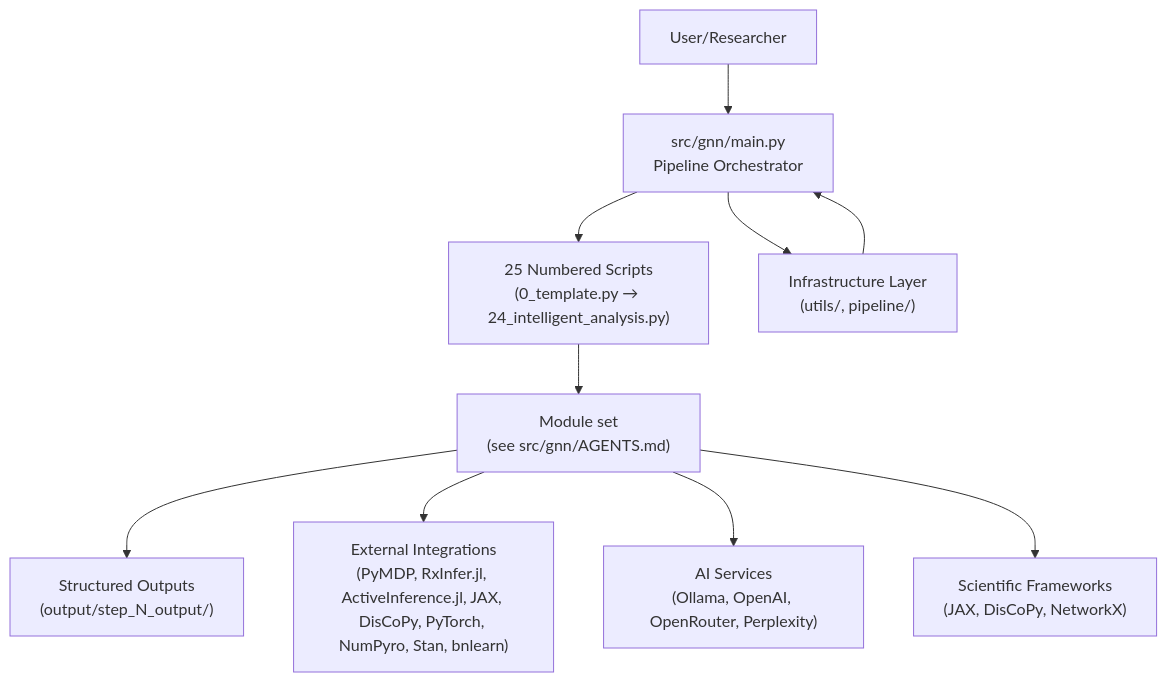
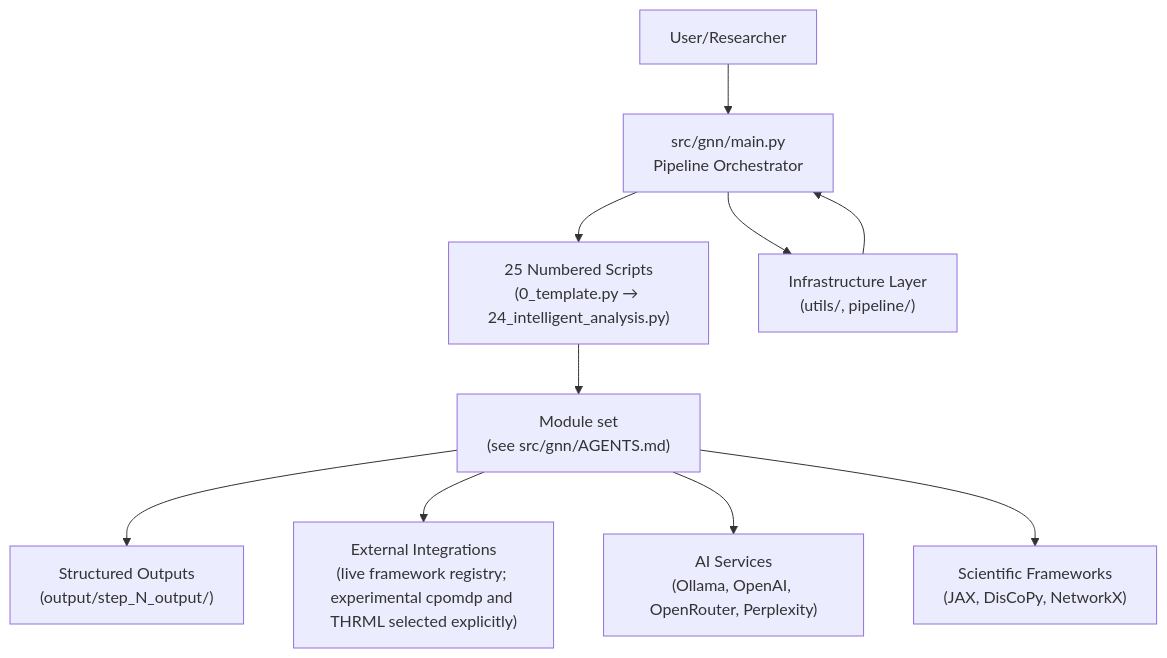
One commit to ActiveInferenceInstitute/Generalized_Notation_Notation changed the first of 7 diagrams in ARCHITECTURE.md. Above: the diagram before and after it, drawn with Mermaid. The commit also changed other lines of this file and 351 other files, not shown here.

````diff
--- a/ARCHITECTURE.md
+++ b/ARCHITECTURE.md
@@ -40,16 +40,16 @@
 ```mermaid
 graph TB
   A["User/Researcher"] --> B["src/gnn/main.py<br/>Pipeline Orchestrator"]
   B --> C["25 Numbered Scripts<br/>(0_template.py → 24_intelligent_analysis.py)"]
   C --> D["Module set<br/>(see src/gnn/AGENTS.md)"]
   D --> E["Structured Outputs<br/>(output/step_N_output/)"]
 
   B --> F["Infrastructure Layer<br/>(utils/, pipeline/)"]
   F --> B
 
-  D --> G["External Integrations<br/>(PyMDP, RxInfer.jl, ActiveInference.jl, JAX, DisCoPy, PyTorch, NumPyro, Stan, bnlearn)"]
+  D --> G["External Integrations<br/>(live framework registry; experimental cpomdp and THRML selected explicitly)"]
   D --> H["AI Services<br/>(Ollama, OpenAI, OpenRouter, Perplexity)"]
   D --> I["Scientific Frameworks<br/>(JAX, DisCoPy, NetworkX)"]
 
   %% styling intentionally omitted (theme-controlled)
 ```
````
